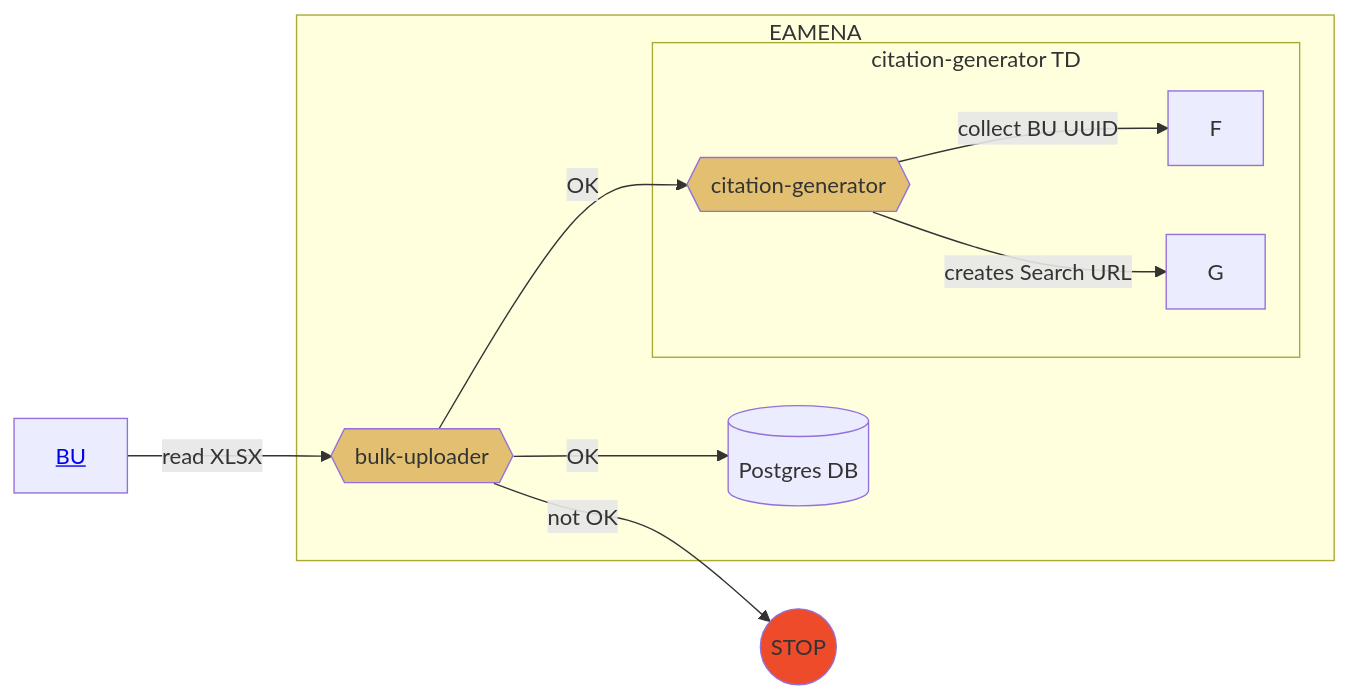
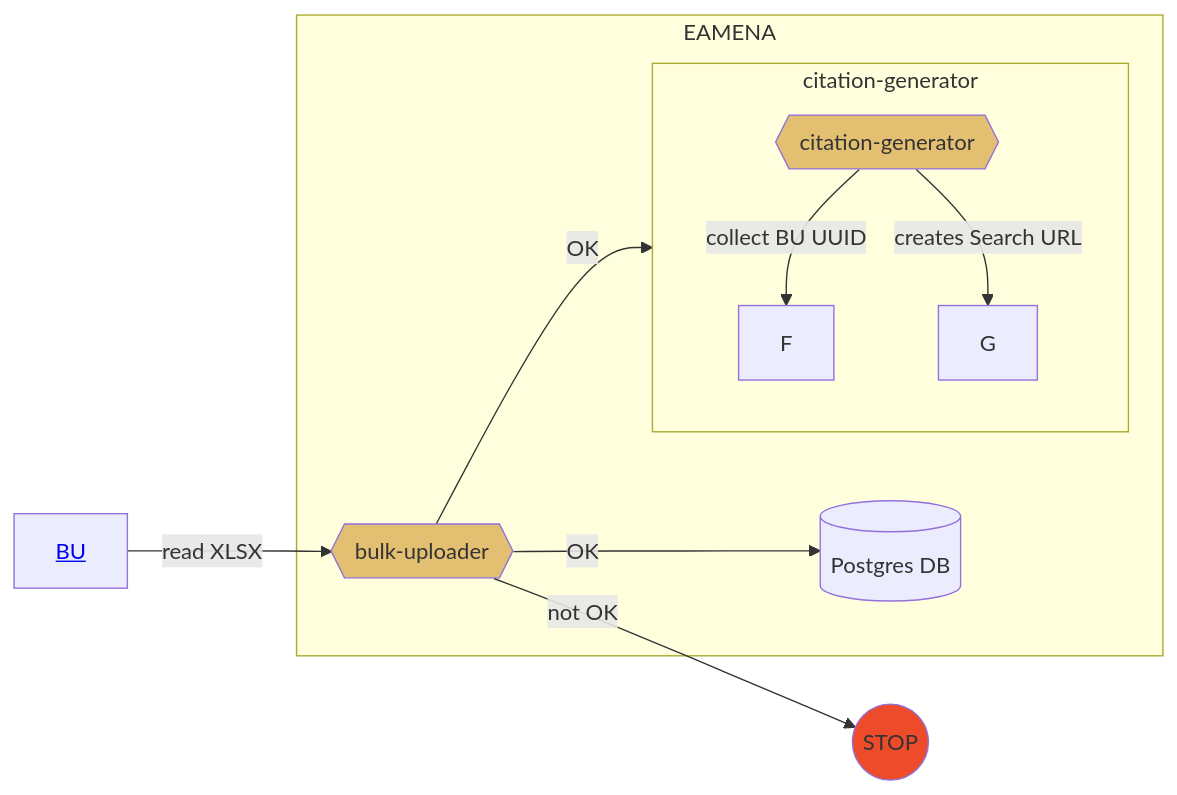
One commit to eamena-project/eamena-arches-dev changed the diagram in data/bibref/README.md. Above: the diagram before and after it, drawn with Mermaid.

Commit message:
citation README

````diff
--- a/data/bibref/README.md
+++ b/data/bibref/README.md
@@ -11,15 +11,16 @@
 ```mermaid
 flowchart LR
 	A[<a href='https://github.com/eamena-project/eamena-arches-dev/blob/main/dbs/database.eamena/docs/notes/Arches%207%20Upgrade.md#splitchunk'>BU</a>] --read XLSX--> B{{bulk-uploader}}:::eamenaFunc;
 	subgraph EAMENA
 	B -- OK --> C[(Postgres DB)];
 	B -- OK --> E{{citation-generator}}:::eamenaFunc;
-		subgraph citation-generator TD
+		subgraph citation-generator
+		direction TD
 		E -- collect BU UUID --> F;
 		E -- creates Search URL --> G;
 		end
 	end
 	B -- not OK --> D((STOP)):::stop;
 	classDef eamenaFunc fill:#e3c071;
 	classDef stop fill:#EE4B2B;
 ```
````
